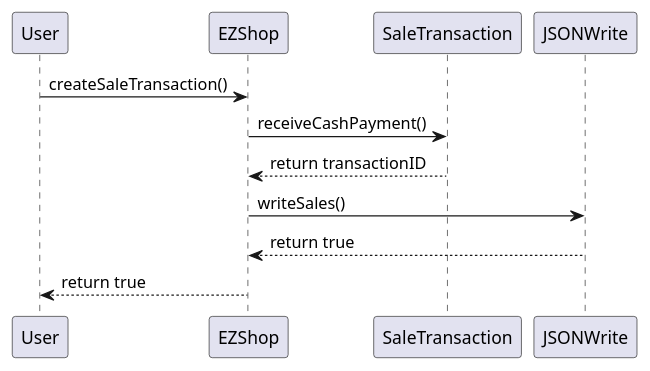
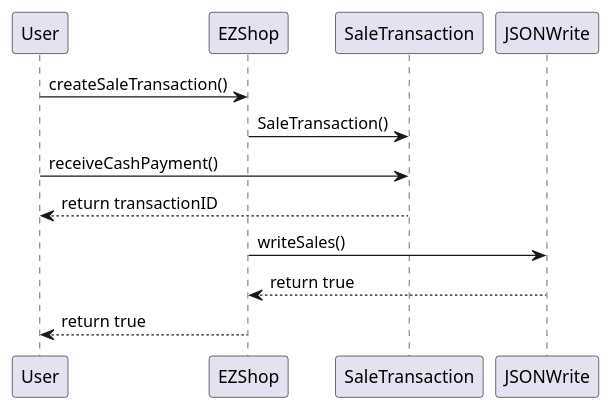
Before and after one commit to giuseppesalvi/ezshop: diagram 19 of 21 in Deliverables/DesignDocument.md, drawn with PlantUML. The commit also changed other lines of this file, not shown here.

````diff
--- a/Deliverables/DesignDocument.md
+++ b/Deliverables/DesignDocument.md
@@ -574,14 +577,15 @@
 ```plantuml
 @startuml
 participant User
 participant EZShop
 participant SaleTransaction
 participant JSONWrite
 User -> EZShop : createSaleTransaction()
-EZShop -> SaleTransaction : receiveCashPayment()
-EZShop <-- SaleTransaction : return transactionID
+EZShop -> SaleTransaction : SaleTransaction()
+User -> SaleTransaction : receiveCashPayment()
+User <-- SaleTransaction : return transactionID
 EZShop -> JSONWrite : writeSales()
 EZShop <-- JSONWrite : return true
 User <-- EZShop : return true
 @enduml
 ```
````
